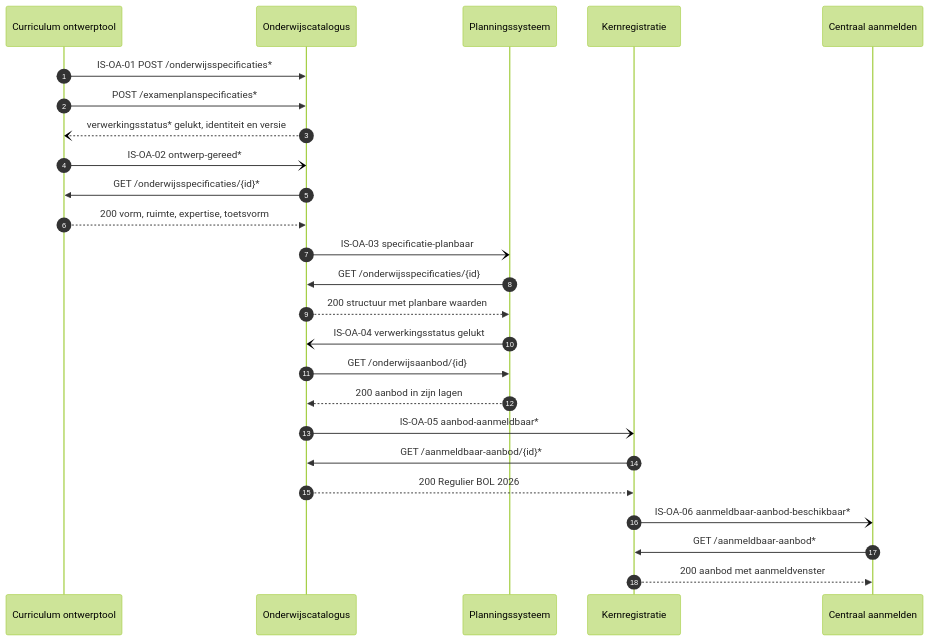
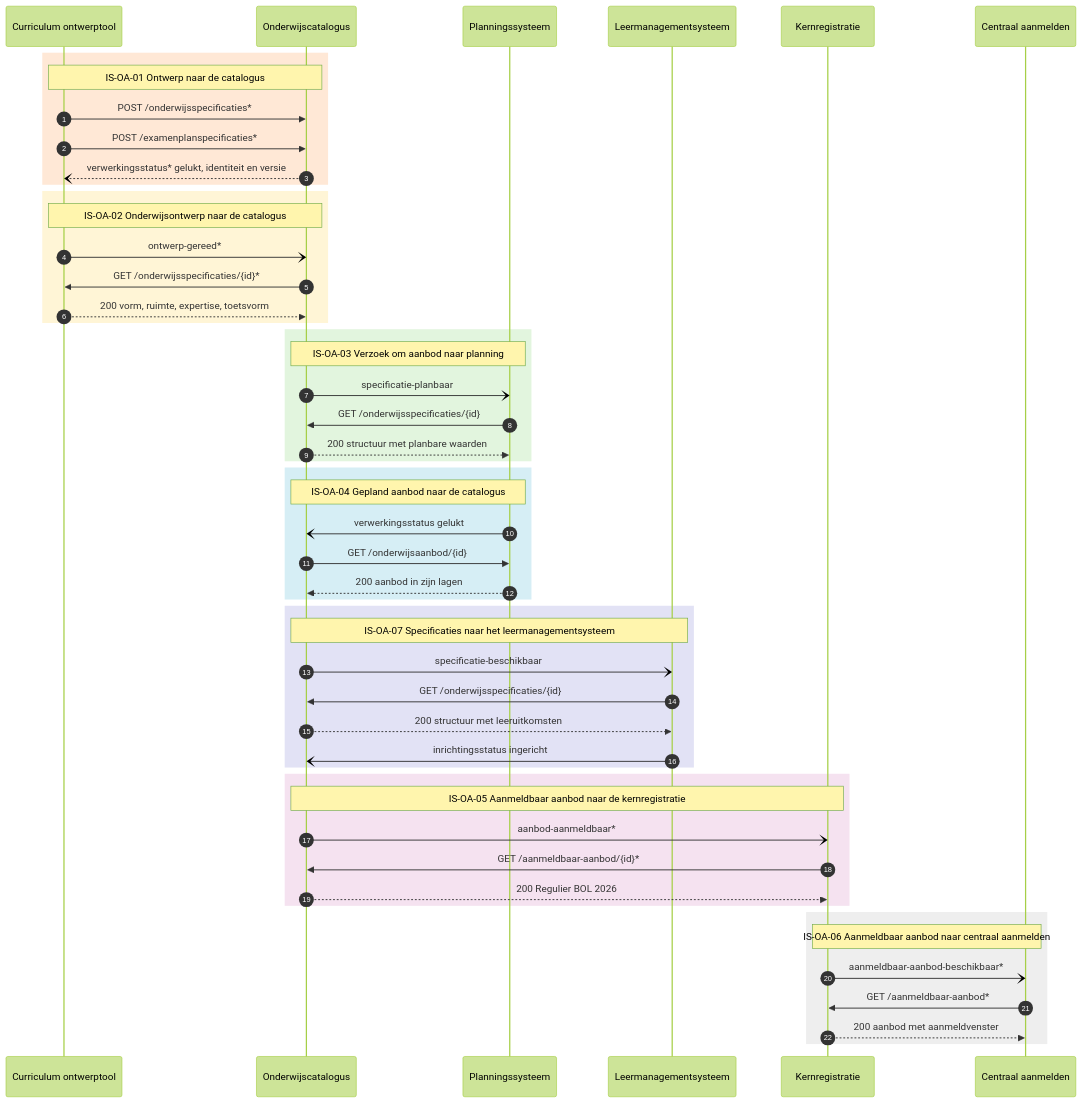
The diagram in architecture/docs/specificatie/interactie-onderwijsaanbod/README.md (Npuls-OKx/meta), drawn with Mermaid (forest theme) before and after one commit. The commit also changed other lines of this file and 10 other files, not shown here.

````diff
--- a/architecture/docs/specificatie/interactie-onderwijsaanbod/README.md
+++ b/architecture/docs/specificatie/interactie-onderwijsaanbod/README.md
@@ -133,27 +154,54 @@
 ```mermaid
 sequenceDiagram
     autonumber
     participant CO as Curriculum ontwerptool
     participant OC as Onderwijscatalogus
     participant PL as Planningssysteem
+    participant LMS as Leermanagementsysteem
     participant KRS as Kernregistratie
     participant CA as Centraal aanmelden
-    CO->>OC: IS-OA-01 POST /onderwijsspecificaties*
-    CO->>OC: POST /examenplanspecificaties*
-    OC--)CO: verwerkingsstatus* gelukt, identiteit en versie
-    CO-)OC: IS-OA-02 ontwerp-gereed*
-    OC->>CO: GET /onderwijsspecificaties/{id}*
-    CO-->>OC: 200 vorm, ruimte, expertise, toetsvorm
-    OC-)PL: IS-OA-03 specificatie-planbaar
-    PL->>OC: GET /onderwijsspecificaties/{id}
-    OC-->>PL: 200 structuur met planbare waarden
-    PL-)OC: IS-OA-04 verwerkingsstatus gelukt
-    OC->>PL: GET /onderwijsaanbod/{id}
-    PL-->>OC: 200 aanbod in zijn lagen
-    OC-)KRS: IS-OA-05 aanbod-aanmeldbaar*
-    KRS->>OC: GET /aanmeldbaar-aanbod/{id}*
-    OC-->>KRS: 200 Regulier BOL 2026
-    KRS-)CA: IS-OA-06 aanmeldbaar-aanbod-beschikbaar*
-    CA->>KRS: GET /aanmeldbaar-aanbod*
-    KRS-->>CA: 200 aanbod met aanmeldvenster
+
+    rect rgb(255, 232, 214)
+        Note over CO,OC: IS-OA-01 Ontwerp naar de catalogus
+        CO->>OC: POST /onderwijsspecificaties*
+        CO->>OC: POST /examenplanspecificaties*
+        OC--)CO: verwerkingsstatus* gelukt, identiteit en versie
+    end
+    rect rgb(255, 245, 214)
+        Note over CO,OC: IS-OA-02 Onderwijsontwerp naar de catalogus
+        CO-)OC: ontwerp-gereed*
+        OC->>CO: GET /onderwijsspecificaties/{id}*
+        CO-->>OC: 200 vorm, ruimte, expertise, toetsvorm
+    end
+    rect rgb(226, 245, 222)
+        Note over OC,PL: IS-OA-03 Verzoek om aanbod naar planning
+        OC-)PL: specificatie-planbaar
+        PL->>OC: GET /onderwijsspecificaties/{id}
+        OC-->>PL: 200 structuur met planbare waarden
+    end
+    rect rgb(214, 238, 245)
+        Note over OC,PL: IS-OA-04 Gepland aanbod naar de catalogus
+        PL-)OC: verwerkingsstatus gelukt
+        OC->>PL: GET /onderwijsaanbod/{id}
+        PL-->>OC: 200 aanbod in zijn lagen
+    end
+    rect rgb(226, 226, 245)
+        Note over OC,LMS: IS-OA-07 Specificaties naar het leermanagementsysteem
+        OC-)LMS: specificatie-beschikbaar
+        LMS->>OC: GET /onderwijsspecificaties/{id}
+        OC-->>LMS: 200 structuur met leeruitkomsten
+        LMS-)OC: inrichtingsstatus ingericht
+    end
+    rect rgb(245, 226, 240)
+        Note over OC,KRS: IS-OA-05 Aanmeldbaar aanbod naar de kernregistratie
+        OC-)KRS: aanbod-aanmeldbaar*
+        KRS->>OC: GET /aanmeldbaar-aanbod/{id}*
+        OC-->>KRS: 200 Regulier BOL 2026
+    end
+    rect rgb(238, 238, 238)
+        Note over KRS,CA: IS-OA-06 Aanmeldbaar aanbod naar centraal aanmelden
+        KRS-)CA: aanmeldbaar-aanbod-beschikbaar*
+        CA->>KRS: GET /aanmeldbaar-aanbod*
+        KRS-->>CA: 200 aanbod met aanmeldvenster
+    end
 ```
````
